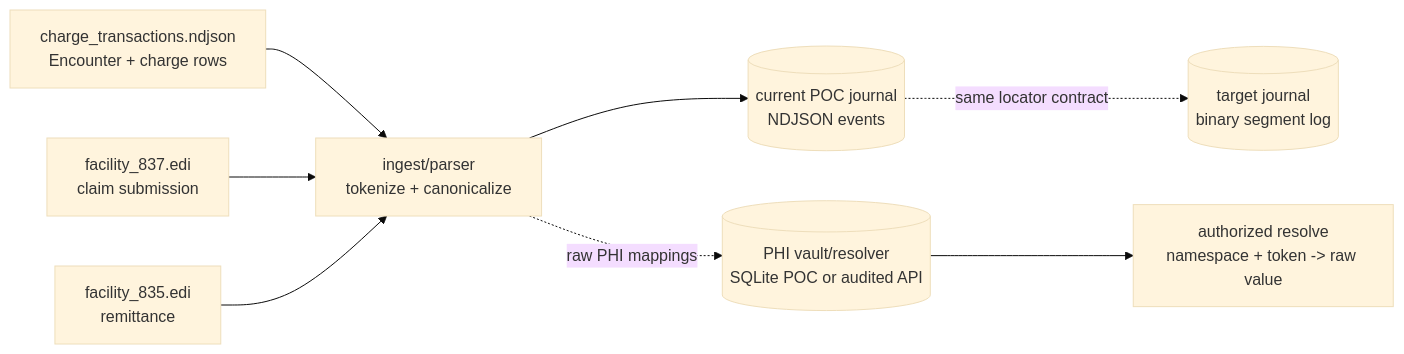
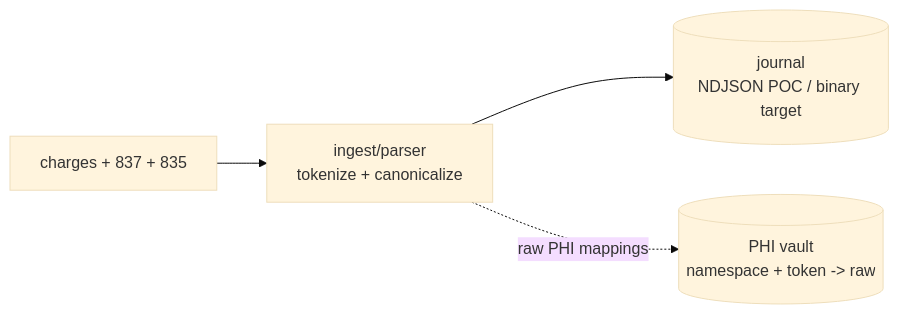
The first of 2 diagrams in README.md (AlexJReid/scribe), drawn with Mermaid (base theme) before and after one commit. The commit also changed other lines of this file, not shown here.

````diff
--- a/README.md
+++ b/README.md
@@ -71,20 +35,11 @@
 ```mermaid
 flowchart LR
-    charges["charge_transactions.ndjson<br/>Encounter + charge rows"]
-    f837["facility_837.edi<br/>claim submission"]
-    f835["facility_835.edi<br/>remittance"]
+    input["charges + 837 + 835"]
     ingest["ingest/parser<br/>tokenize + canonicalize"]
-    journal[("current POC journal<br/>NDJSON events")]
-    binary[("target journal<br/>binary segment log")]
-    vault[("PHI vault/resolver<br/>SQLite POC or audited API")]
-    resolve["authorized resolve<br/>namespace + token -> raw value"]
+    journal[("journal<br/>NDJSON POC / binary target")]
+    vault[("PHI vault<br/>namespace + token -> raw")]
 
-    charges --> ingest
-    f837 --> ingest
-    f835 --> ingest
-
+    input --> ingest
     ingest --> journal
-    journal -. same locator contract .-> binary
     ingest -. raw PHI mappings .-> vault
-    vault --> resolve
 ```
````
